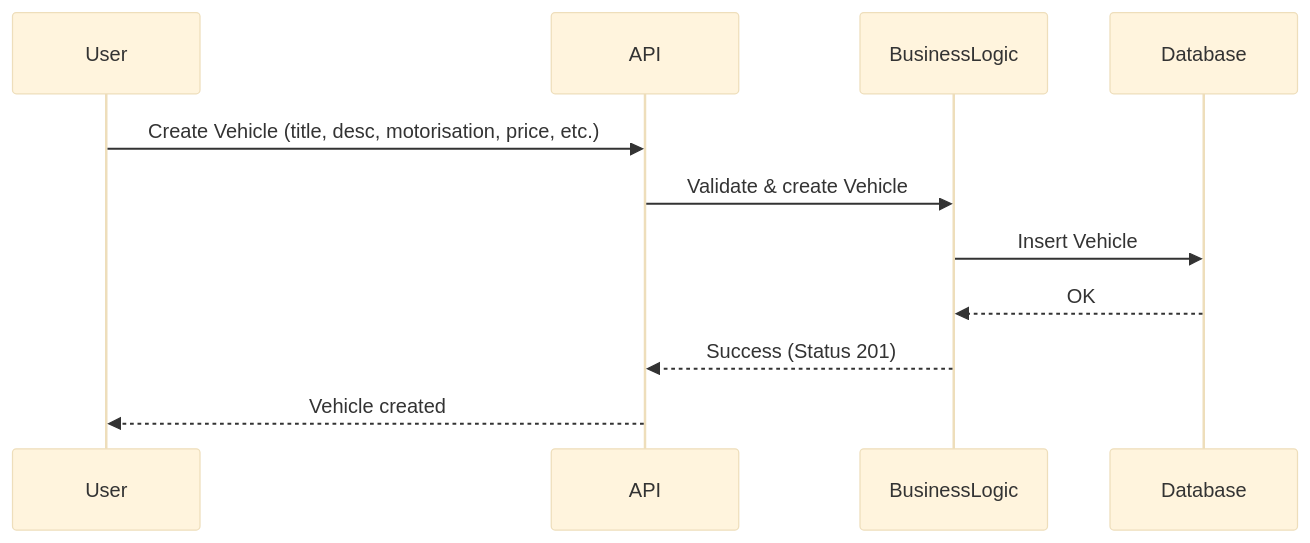
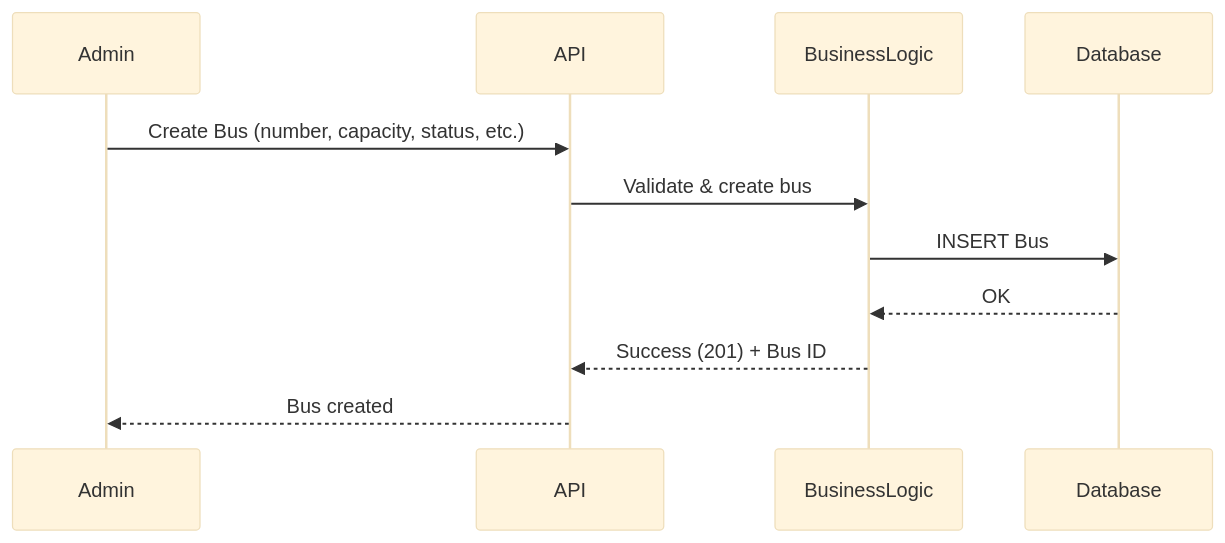
The fifth of 10 diagrams in README.md (Bary-G/portfolio-project_bus-fleet-management), drawn with Mermaid (base theme) before and after one commit. The commit also changed other lines of this file, not shown here.

````diff
--- a/README.md
+++ b/README.md
@@ -154,13 +203,15 @@
 ```mermaid
 sequenceDiagram
-participant  User
-participant  API
-participant  BusinessLogic
-participant  Database
-User->>API: Create  Vehicle  (title, desc, motorisation, price, etc.)
-API->>BusinessLogic: Validate & create  Vehicle
-BusinessLogic->>Database: Insert  Vehicle
+participant Admin
+participant API
+participant BusinessLogic
+participant Database
+
+Admin->>API: Create Bus (number, capacity, status, etc.)
+API->>BusinessLogic: Validate & create bus
+BusinessLogic->>Database: INSERT Bus
 Database-->>BusinessLogic: OK
-BusinessLogic-->>API: Success (Status 201)
-API-->>User: Vehicle  created
+BusinessLogic-->>API: Success (201) + Bus ID
+API-->>Admin: Bus created
+
 ```
````
